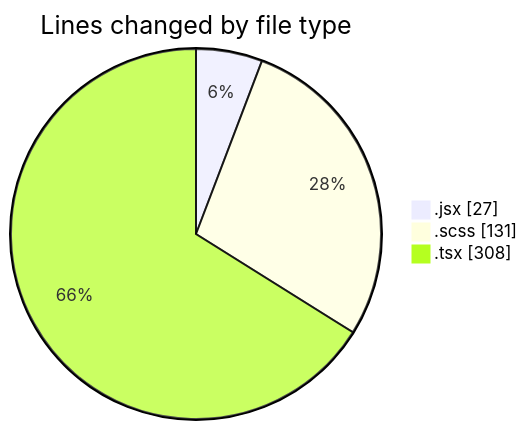
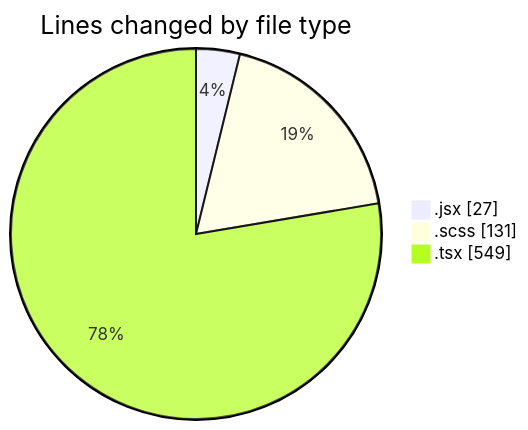
One commit to momahboobian/code-tracking changed the first of 2 diagrams in 2026-03-16/cda/README.md. Above: the diagram before and after it, drawn with Mermaid. The commit also changed other lines of this file and 1 other file, not shown here.

````diff
--- a/2026-03-16/cda/README.md
+++ b/2026-03-16/cda/README.md
@@ -23,7 +26,7 @@
 ```mermaid
 pie showData
 title Lines changed by file type
 ".jsx" : 27
 ".scss" : 131
-".tsx" : 308
+".tsx" : 549
 ```
````
